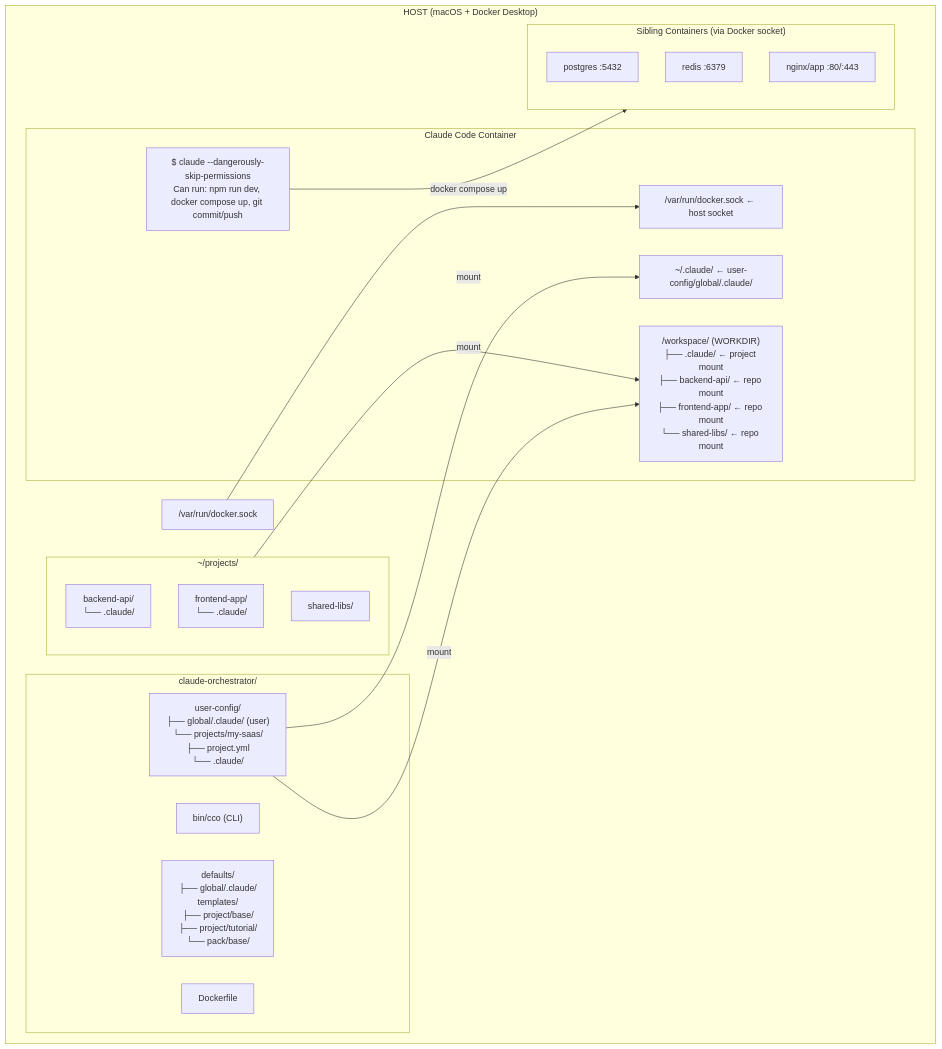
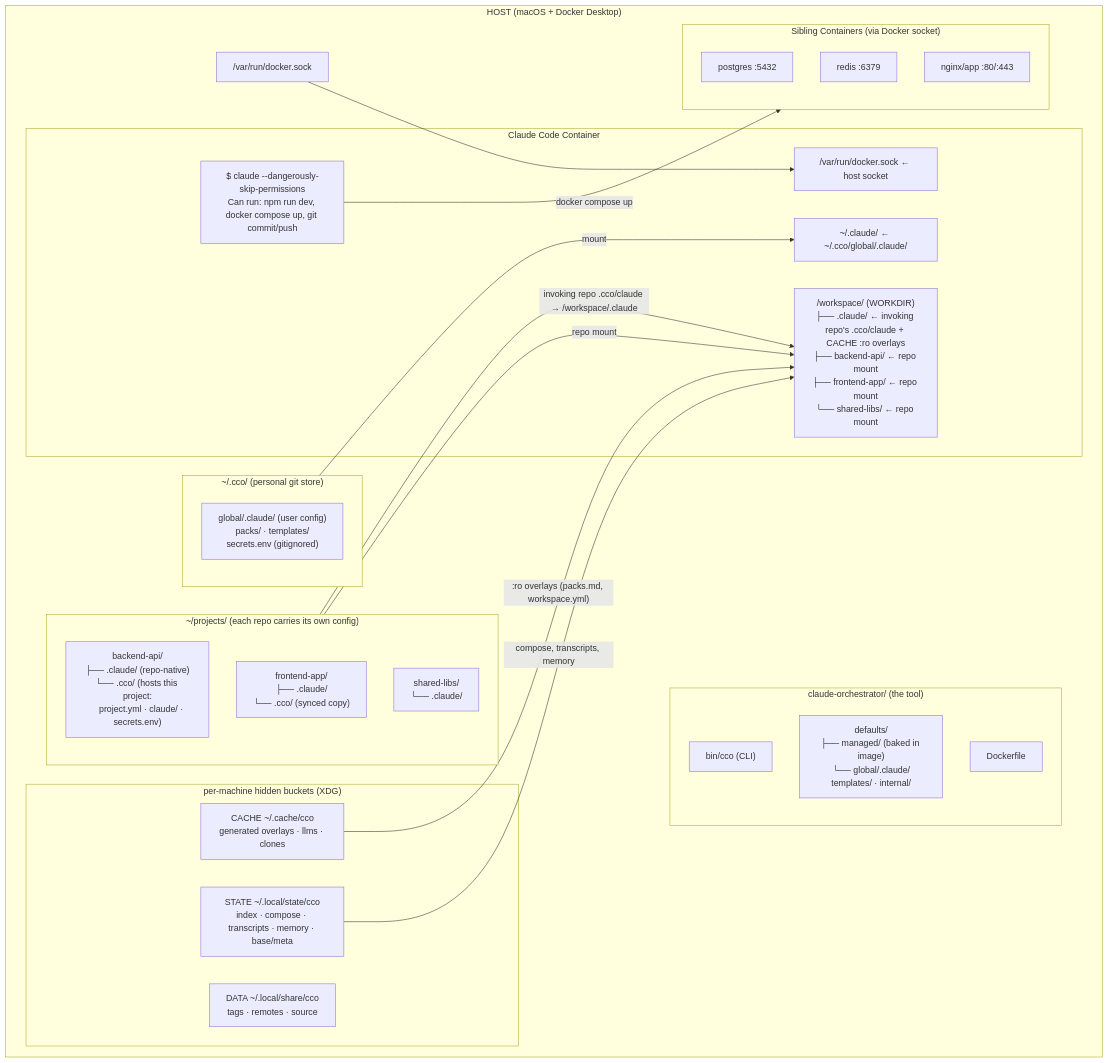
One commit to alergyonthestage/claude-orchestrator changed the first of 5 diagrams in docs/maintainer/architecture/architecture.md. Above: the diagram before and after it, drawn with Mermaid. The commit also changed other lines of this file and 23 other files, not shown here.

````diff
--- a/docs/maintainer/architecture/architecture.md
+++ b/docs/maintainer/architecture/architecture.md
@@ -11,38 +11,49 @@
 ```mermaid
 graph TB
     subgraph HOST ["HOST (macOS + Docker Desktop)"]
-        subgraph CCO ["claude-orchestrator/"]
+        subgraph CCO ["claude-orchestrator/ (the tool)"]
             CLI["bin/cco (CLI)"]
-            DEFAULTS["defaults/<br/>├── global/.claude/<br/>templates/<br/>├── project/base/<br/>├── project/tutorial/<br/>└── pack/base/"]
-            USERCONF["user-config/<br/>├── global/.claude/ (user)<br/>└── projects/my-saas/<br/>    ├── project.yml<br/>    └── .claude/"]
+            DEFAULTS["defaults/<br/>├── managed/ (baked in image)<br/>└── global/.claude/<br/>templates/ · internal/"]
             DOCKERFILE[Dockerfile]
         end
 
-        subgraph REPOS ["~/projects/"]
-            BACKEND["backend-api/<br/>└── .claude/"]
-            FRONTEND["frontend-app/<br/>└── .claude/"]
-            SHARED["shared-libs/"]
+        subgraph GLOBALSTORE ["~/.cco/ (personal git store)"]
+            GLOBAL["global/.claude/ (user config)<br/>packs/ · templates/<br/>secrets.env (gitignored)"]
+        end
+
+        subgraph SYS ["per-machine hidden buckets (XDG)"]
+            STATE["STATE ~/.local/state/cco<br/>index · compose · transcripts · memory · base/meta"]
+            CACHE["CACHE ~/.cache/cco<br/>generated overlays · llms · clones"]
+            DATA["DATA ~/.local/share/cco<br/>tags · remotes · source"]
+        end
+
+        subgraph REPOS ["~/projects/ (each repo carries its own config)"]
+            BACKEND["backend-api/<br/>├── .claude/ (repo-native)<br/>└── .cco/ (hosts this project:<br/>    project.yml · claude/ · secrets.env)"]
+            FRONTEND["frontend-app/<br/>├── .claude/<br/>└── .cco/ (synced copy)"]
+            SHARED["shared-libs/<br/>└── .claude/"]
         end
 
         SOCKET["/var/run/docker.sock"]
 
         subgraph CONTAINER ["Claude Code Container"]
-            DOTCLAUDE["~/.claude/ ← user-config/global/.claude/"]
-            WORKSPACE["/workspace/ (WORKDIR)<br/>├── .claude/ ← project mount<br/>├── backend-api/ ← repo mount<br/>├── frontend-app/ ← repo mount<br/>└── shared-libs/ ← repo mount"]
+            DOTCLAUDE["~/.claude/ ← ~/.cco/global/.claude/"]
+            WORKSPACE["/workspace/ (WORKDIR)<br/>├── .claude/ ← invoking repo's .cco/claude + CACHE :ro overlays<br/>├── backend-api/ ← repo mount<br/>├── frontend-app/ ← repo mount<br/>└── shared-libs/ ← repo mount"]
             DOCKSOCK["/var/run/docker.sock ← host socket"]
             CLAUDE["$ claude --dangerously-skip-permissions<br/>Can run: npm run dev, docker compose up, git commit/push"]
         end
 
         subgraph SIBLINGS ["Sibling Containers (via Docker socket)"]
             PG["postgres :5432"]
             REDIS["redis :6379"]
             NGINX["nginx/app :80/:443"]
         end
     end
 
     SOCKET --> DOCKSOCK
-    USERCONF -->|mount| DOTCLAUDE
-    USERCONF -->|mount| WORKSPACE
-    REPOS -->|mount| WORKSPACE
+    GLOBALSTORE -->|mount| DOTCLAUDE
+    REPOS -->|"invoking repo .cco/claude → /workspace/.claude"| WORKSPACE
+    CACHE -->|":ro overlays (packs.md, workspace.yml)"| WORKSPACE
+    STATE -->|"compose, transcripts, memory"| WORKSPACE
+    REPOS -->|"repo mount"| WORKSPACE
     CLAUDE -->|"docker compose up"| SIBLINGS
 ```
````
